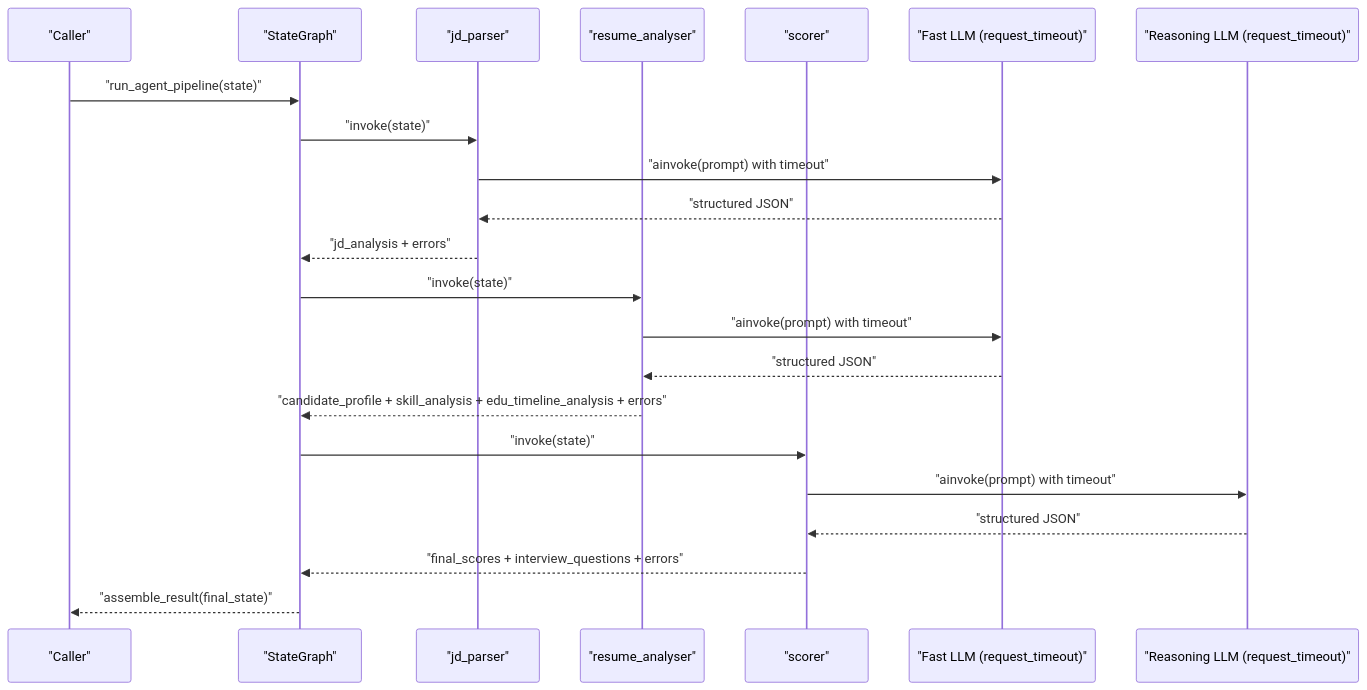
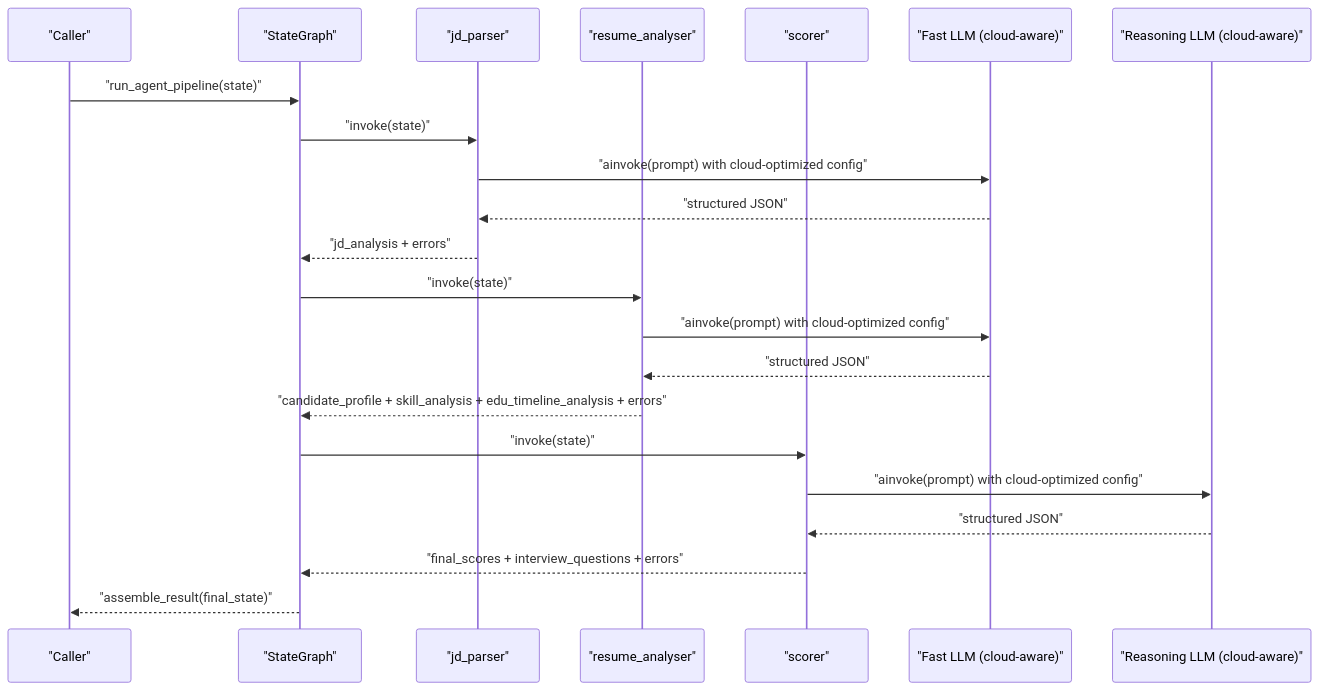
Before and after one commit to Revanththetalogics/aireume: the second of 7 diagrams in .qoder/repowiki/en/content/Analysis Engine/Agent Pipeline (LangGraph).md, drawn with Mermaid. The commit also changed other lines of this file and 6 other files, not shown here.

````diff
--- a/.qoder/repowiki/en/content/Analysis Engine/Agent Pipeline (LangGraph).md
+++ b/.qoder/repowiki/en/content/Analysis Engine/Agent Pipeline (LangGraph).md
@@ -88,24 +91,24 @@
 ```mermaid
 sequenceDiagram
 participant Client as "Caller"
 participant Graph as "StateGraph"
 participant JD as "jd_parser"
 participant RA as "resume_analyser"
 participant SC as "scorer"
-participant O1 as "Fast LLM (request_timeout)"
-participant O2 as "Reasoning LLM (request_timeout)"
+participant O1 as "Fast LLM (cloud-aware)"
+participant O2 as "Reasoning LLM (cloud-aware)"
 Client->>Graph : "run_agent_pipeline(state)"
 Graph->>JD : "invoke(state)"
-JD->>O1 : "ainvoke(prompt) with timeout"
+JD->>O1 : "ainvoke(prompt) with cloud-optimized config"
 O1-->>JD : "structured JSON"
 JD-->>Graph : "jd_analysis + errors"
 Graph->>RA : "invoke(state)"
-RA->>O1 : "ainvoke(prompt) with timeout"
+RA->>O1 : "ainvoke(prompt) with cloud-optimized config"
 O1-->>RA : "structured JSON"
 RA-->>Graph : "candidate_profile + skill_analysis + edu_timeline_analysis + errors"
 Graph->>SC : "invoke(state)"
-SC->>O2 : "ainvoke(prompt) with timeout"
+SC->>O2 : "ainvoke(prompt) with cloud-optimized config"
 O2-->>SC : "structured JSON"
 SC-->>Graph : "final_scores + interview_questions + errors"
 Graph-->>Client : "assemble_result(final_state)"
 ```
````
